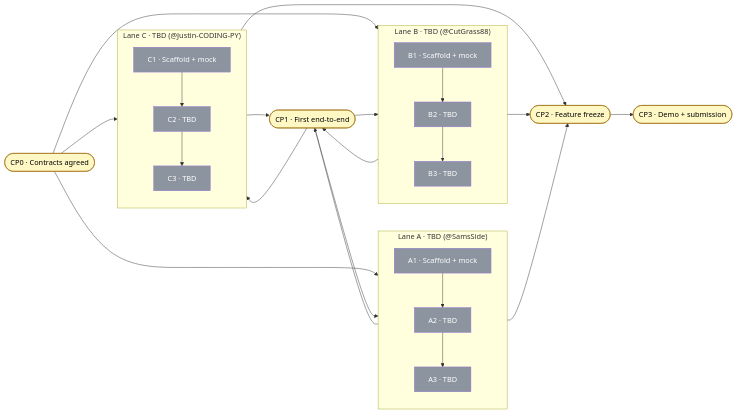
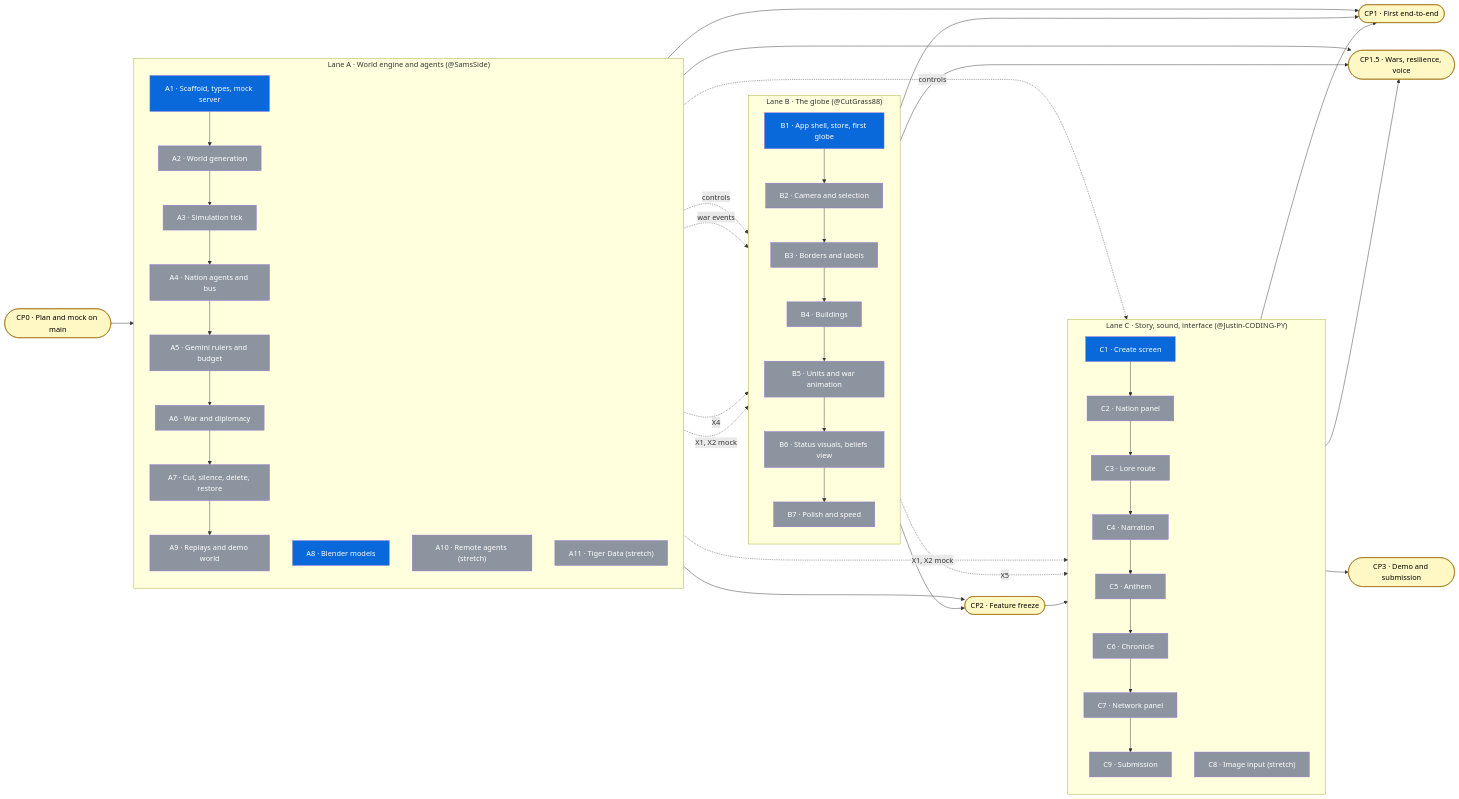
One commit to SamsSide/Durhack-2026 changed the diagram in docs/roadmap.md. Above: the diagram before and after it, drawn with Mermaid. The commit also changed other lines of this file and 10 other files, not shown here.

First line of the commit message:
docs: kick off Terra Nova with the plan, contracts, lanes and roadmap (#10)

````diff
--- a/docs/roadmap.md
+++ b/docs/roadmap.md
@@ -37,35 +40,51 @@
 ```mermaid
 flowchart LR
-  CP0(["CP0 · Contracts agreed"]):::cp
-  subgraph A["Lane A · TBD (@SamsSide)"]
+  CP0(["CP0 · Plan and mock on main"]):::cp
+  subgraph A["Lane A · World engine and agents (@SamsSide)"]
     direction TB
-    A1["A1 · Scaffold + mock"]:::todo --> A2["A2 · TBD"]:::todo --> A3["A3 · TBD"]:::todo
+    A1["A1 · Scaffold, types, mock server"]:::next --> A2["A2 · World generation"]:::todo --> A3["A3 · Simulation tick"]:::todo --> A4["A4 · Nation agents and bus"]:::todo --> A5["A5 · Gemini rulers and budget"]:::todo
+    A5 --> A6["A6 · War and diplomacy"]:::todo --> A7["A7 · Cut, silence, delete, restore"]:::todo --> A9["A9 · Replays and demo world"]:::todo
+    A8["A8 · Blender models"]:::next
+    A10["A10 · Remote agents (stretch)"]:::todo
+    A11["A11 · Tiger Data (stretch)"]:::todo
   end
-  subgraph B["Lane B · TBD (@CutGrass88)"]
+  subgraph B["Lane B · The globe (@CutGrass88)"]
     direction TB
-    B1["B1 · Scaffold + mock"]:::todo --> B2["B2 · TBD"]:::todo --> B3["B3 · TBD"]:::todo
+    B1["B1 · App shell, store, first globe"]:::next --> B2["B2 · Camera and selection"]:::todo --> B3["B3 · Borders and labels"]:::todo --> B4["B4 · Buildings"]:::todo
+    B4 --> B5["B5 · Units and war animation"]:::todo --> B6["B6 · Status visuals, beliefs view"]:::todo --> B7["B7 · Polish and speed"]:::todo
   end
-  subgraph C["Lane C · TBD (@Justin-CODING-PY)"]
+  subgraph C["Lane C · Story, sound, interface (@Justin-CODING-PY)"]
     direction TB
-    C1["C1 · Scaffold + mock"]:::todo --> C2["C2 · TBD"]:::todo --> C3["C3 · TBD"]:::todo
+    C1["C1 · Create screen"]:::next --> C2["C2 · Nation panel"]:::todo --> C3["C3 · Lore route"]:::todo --> C4["C4 · Narration"]:::todo
+    C4 --> C5["C5 · Anthem"]:::todo --> C6["C6 · Chronicle"]:::todo --> C7["C7 · Network panel"]:::todo --> C9["C9 · Submission"]:::todo
+    C8["C8 · Image input (stretch)"]:::todo
   end
   CP1(["CP1 · First end-to-end"]):::cp
+  CP15(["CP1.5 · Wars, resilience, voice"]):::cp
   CP2(["CP2 · Feature freeze"]):::cp
-  CP3(["CP3 · Demo + submission"]):::cp
-  CP0 --> A1 & B1 & C1
-  A2 --> CP1
-  B2 --> CP1
-  C2 --> CP1
-  CP1 --> A3 & B3 & C3
-  A3 --> CP2
-  B3 --> CP2
-  C3 --> CP2
-  CP2 --> CP3
+  CP3(["CP3 · Demo and submission"]):::cp
+  CP0 --> A1
+  A1 -.->|X1, X2 mock| B1
+  A1 -.->|X1, X2 mock| C1
+  B1 -.->|X5| C2
+  A8 -.->|X4| B4
+  A6 -.->|war events| B5
+  A7 -.->|controls| B6
+  A7 -.->|controls| C7
+  A5 --> CP1
+  B4 --> CP1
+  C3 --> CP1
+  A7 --> CP15
+  B6 --> CP15
+  C7 --> CP15
+  A9 --> CP2
+  B7 --> CP2
+  CP2 --> C9 --> CP3
   classDef done fill:#2da44e,color:#fff
   classDef wip fill:#d4a72c,color:#000
   classDef next fill:#0969da,color:#fff
   classDef todo fill:#8c959f,color:#fff
   classDef owner fill:#8250df,color:#fff
   classDef cut stroke-dasharray: 5 5
   classDef cp fill:#fff8c5,stroke:#9a6700,color:#000
 ```
````
